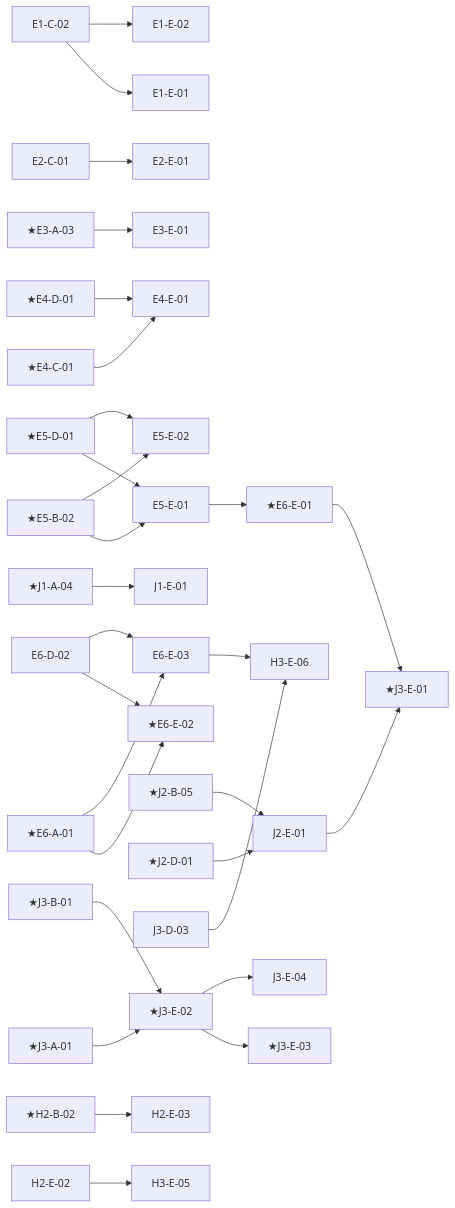
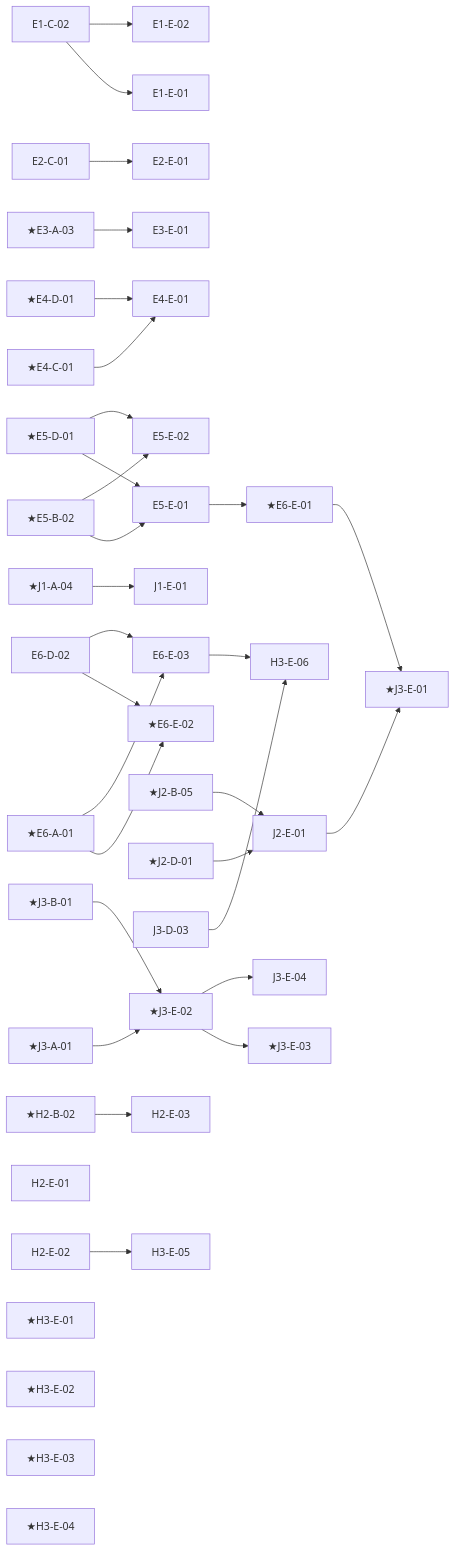
Before and after one commit to masa-san-jp/jp-k12-digital-ai-textbook: the fifth of 6 diagrams in docs/traceability.md, drawn with Mermaid. The commit also changed other lines of this file and 1 other file, not shown here.

````diff
--- a/docs/traceability.md
+++ b/docs/traceability.md
@@ -340,67 +358,72 @@
 ```mermaid
 graph LR
   E1_C_02["E1-C-02"]
   E1_E_01["E1-E-01"]
   E1_E_02["E1-E-02"]
   E2_C_01["E2-C-01"]
   E2_E_01["E2-E-01"]
   E3_A_03["★E3-A-03"]
   E3_E_01["E3-E-01"]
   E4_C_01["★E4-C-01"]
   E4_D_01["★E4-D-01"]
   E4_E_01["E4-E-01"]
   E5_B_02["★E5-B-02"]
   E5_D_01["★E5-D-01"]
   E5_E_01["E5-E-01"]
   E5_E_02["E5-E-02"]
   E6_A_01["★E6-A-01"]
   E6_D_02["E6-D-02"]
   E6_E_01["★E6-E-01"]
   E6_E_02["★E6-E-02"]
   E6_E_03["E6-E-03"]
   J1_A_04["★J1-A-04"]
   J1_E_01["J1-E-01"]
   J2_B_05["★J2-B-05"]
   J2_D_01["★J2-D-01"]
   J2_E_01["J2-E-01"]
   J3_A_01["★J3-A-01"]
   J3_B_01["★J3-B-01"]
   J3_D_03["J3-D-03"]
   J3_E_01["★J3-E-01"]
   J3_E_02["★J3-E-02"]
   J3_E_03["★J3-E-03"]
   J3_E_04["J3-E-04"]
   H2_B_02["★H2-B-02"]
+  H2_E_01["H2-E-01"]
   H2_E_02["H2-E-02"]
   H2_E_03["H2-E-03"]
+  H3_E_01["★H3-E-01"]
+  H3_E_02["★H3-E-02"]
+  H3_E_03["★H3-E-03"]
+  H3_E_04["★H3-E-04"]
   H3_E_05["H3-E-05"]
   H3_E_06["H3-E-06"]
   E1_C_02 --> E1_E_01
   E1_C_02 --> E1_E_02
   E2_C_01 --> E2_E_01
   E3_A_03 --> E3_E_01
   E4_C_01 --> E4_E_01
   E4_D_01 --> E4_E_01
   E5_B_02 --> E5_E_01
   E5_B_02 --> E5_E_02
   E5_D_01 --> E5_E_01
   E5_D_01 --> E5_E_02
   E5_E_01 --> E6_E_01
   E6_A_01 --> E6_E_02
   E6_A_01 --> E6_E_03
   E6_D_02 --> E6_E_02
   E6_D_02 --> E6_E_03
   E6_E_01 --> J3_E_01
   E6_E_03 --> H3_E_06
   H2_B_02 --> H2_E_03
   H2_E_02 --> H3_E_05
   J1_A_04 --> J1_E_01
   J2_B_05 --> J2_E_01
   J2_D_01 --> J2_E_01
   J2_E_01 --> J3_E_01
   J3_A_01 --> J3_E_02
   J3_B_01 --> J3_E_02
   J3_D_03 --> H3_E_06
   J3_E_02 --> J3_E_03
   J3_E_02 --> J3_E_04
 ```
````
